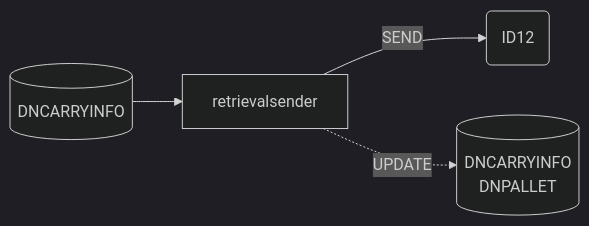
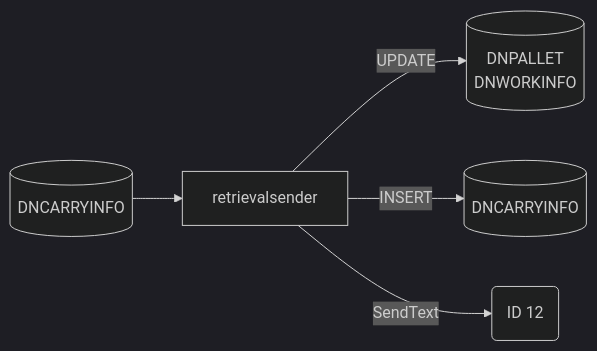
The third of 9 diagrams in Basic-Design/DFD-WMS/Retrieval/Unplanned-Retrieval-from-OP-Area-(PKG).md (luthfiadityaa/SimeDarby-Wiki), drawn with Mermaid (dark theme) before and after one commit.

Commit message:
Updated Unplanned Retrieval from OP Area (PKG)

```diff
--- a/Basic-Design/DFD-WMS/Retrieval/Unplanned-Retrieval-from-OP-Area-(PKG).md
+++ b/Basic-Design/DFD-WMS/Retrieval/Unplanned-Retrieval-from-OP-Area-(PKG).md
@@ -179,19 +179,24 @@
 ::: mermaid
 flowchart LR
 
 retrievalsender-input[("
 DNCARRYINFO
 ")]
 
 retrievalsender-update[("
+DNPALLET
+DNWORKINFO
+")]
+
+retrievalsender-insert[("
 DNCARRYINFO
-DNPALLET
 ")]
 
 id12msg("
-ID12
+ID 12
 ")
 
-retrievalsender--SEND-->id12msg
-retrievalsender-input-->retrievalsender-.UPDATE.->retrievalsender-update
+retrievalsender-input-->retrievalsender--> |UPDATE| retrievalsender-update
+retrievalsender--> |INSERT| retrievalsender-insert
+retrievalsender--> |SendText| id12msg
 :::
```
